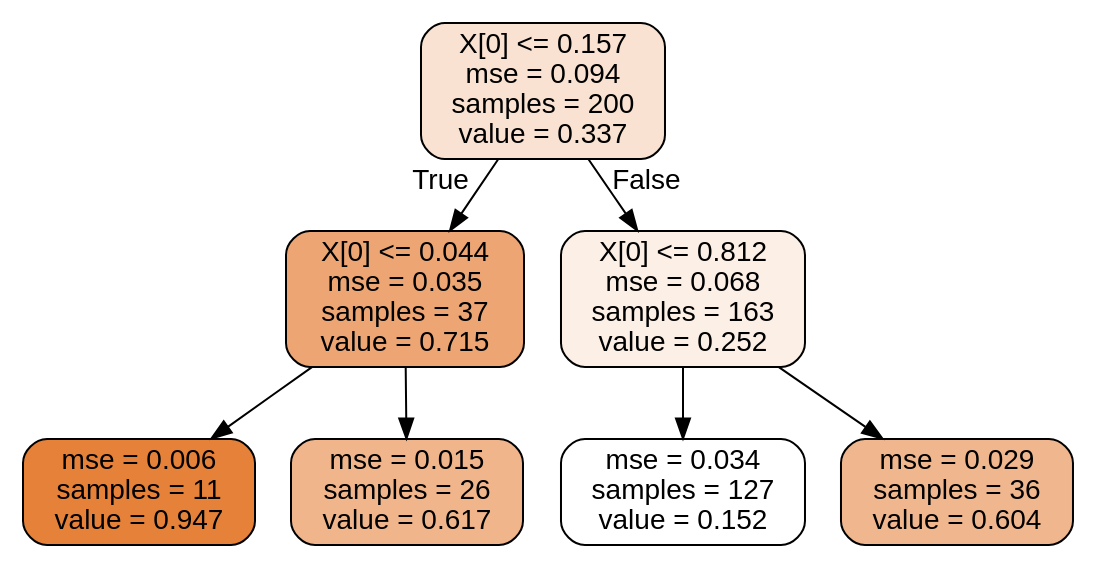
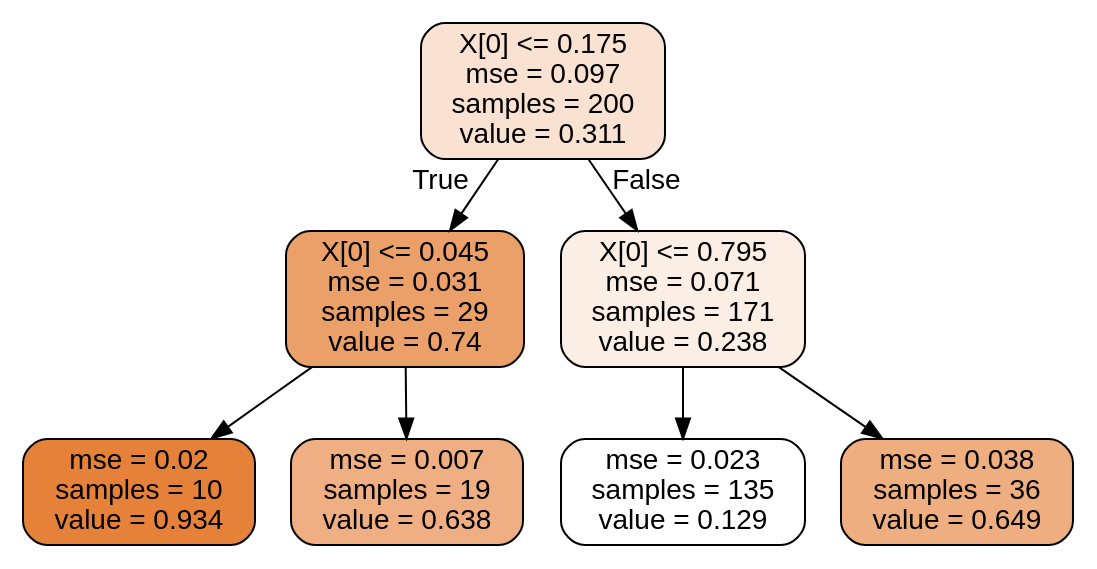
Before and after one commit to vallisneria/hknu4-artificial-intelligence: the diagram in Chapter06/reg_tree.dot, drawn with Graphviz. The commit also changed 3 other files, not shown here.

```diff
--- a/Chapter06/reg_tree.dot
+++ b/Chapter06/reg_tree.dot
@@ -1,17 +1,17 @@
 digraph Tree {
 node [shape=box, style="filled, rounded", color="black", fontname=helvetica] ;
 edge [fontname=helvetica] ;
-0 [label="X[0] <= 0.157\nmse = 0.094\nsamples = 200\nvalue = 0.337", fillcolor="#f9e2d1"] ;
-1 [label="X[0] <= 0.044\nmse = 0.035\nsamples = 37\nvalue = 0.715", fillcolor="#eda673"] ;
+0 [label="X[0] <= 0.175\nmse = 0.097\nsamples = 200\nvalue = 0.311", fillcolor="#f9e2d2"] ;
+1 [label="X[0] <= 0.045\nmse = 0.031\nsamples = 29\nvalue = 0.74", fillcolor="#eb9f69"] ;
 0 -> 1 [labeldistance=2.5, labelangle=45, headlabel="True"] ;
-2 [label="mse = 0.006\nsamples = 11\nvalue = 0.947", fillcolor="#e58139"] ;
+2 [label="mse = 0.02\nsamples = 10\nvalue = 0.934", fillcolor="#e58139"] ;
 1 -> 2 ;
-3 [label="mse = 0.015\nsamples = 26\nvalue = 0.617", fillcolor="#f0b58b"] ;
+3 [label="mse = 0.007\nsamples = 19\nvalue = 0.638", fillcolor="#efaf82"] ;
 1 -> 3 ;
-4 [label="X[0] <= 0.812\nmse = 0.068\nsamples = 163\nvalue = 0.252", fillcolor="#fcefe6"] ;
+4 [label="X[0] <= 0.795\nmse = 0.071\nsamples = 171\nvalue = 0.238", fillcolor="#fbeee4"] ;
 0 -> 4 [labeldistance=2.5, labelangle=-45, headlabel="False"] ;
-5 [label="mse = 0.034\nsamples = 127\nvalue = 0.152", fillcolor="#ffffff"] ;
+5 [label="mse = 0.023\nsamples = 135\nvalue = 0.129", fillcolor="#ffffff"] ;
 4 -> 5 ;
-6 [label="mse = 0.029\nsamples = 36\nvalue = 0.604", fillcolor="#f0b78e"] ;
+6 [label="mse = 0.038\nsamples = 36\nvalue = 0.649", fillcolor="#eeae7f"] ;
 4 -> 6 ;
 }
```
